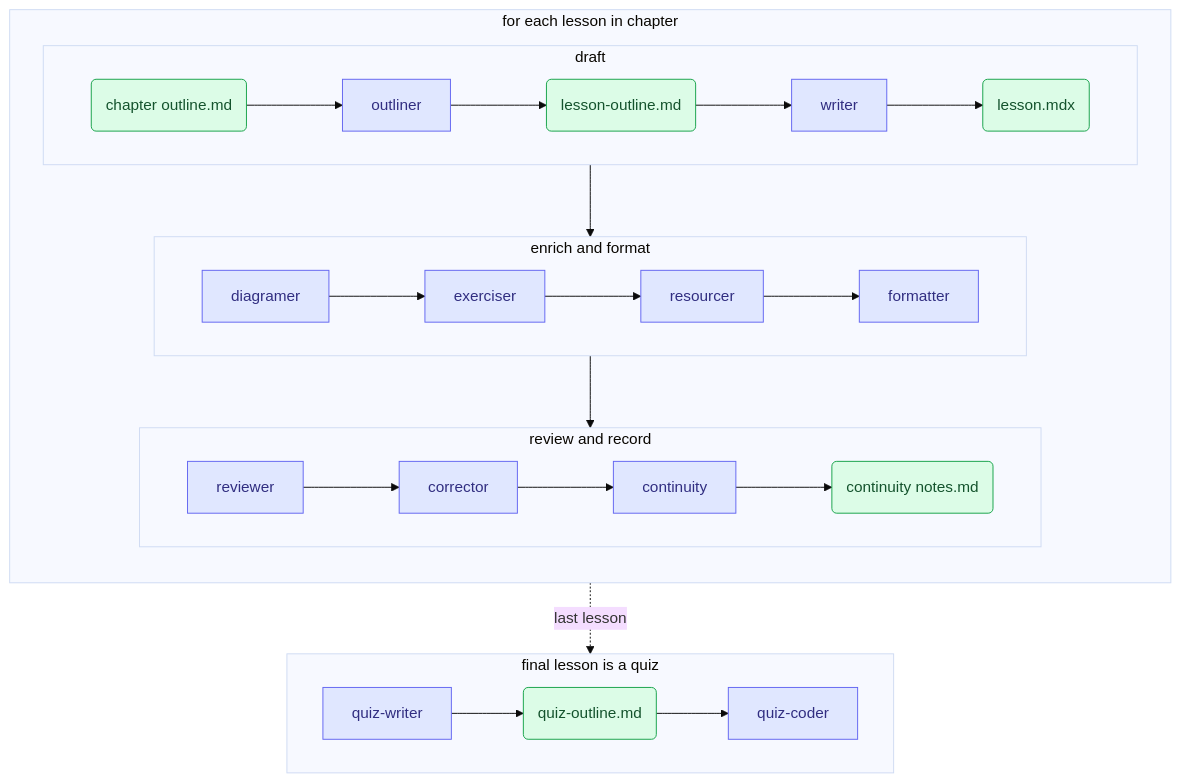
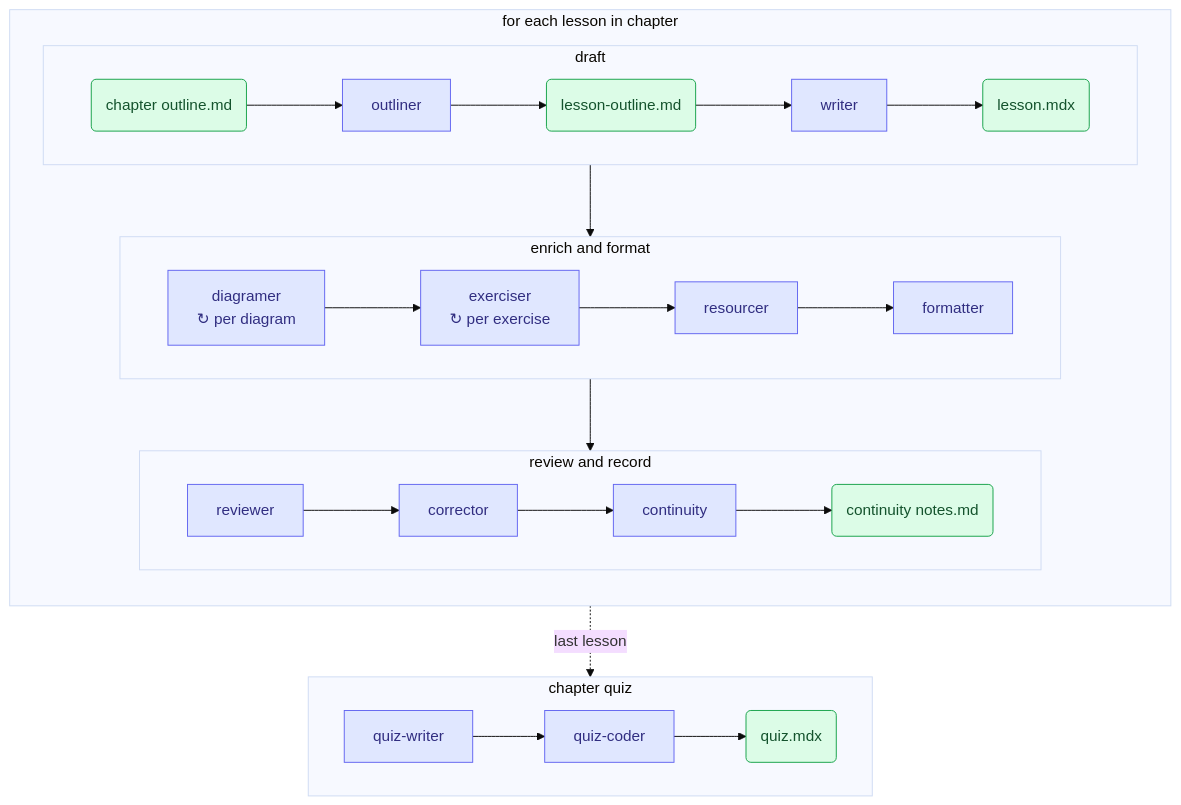
Before and after one commit to terencicp/react-saas-course: the first of 2 diagrams in README.md, drawn with Mermaid (base theme). The commit also changed other lines of this file, not shown here.

First line of the commit message:
Refine pipeline diagrams: iteration cues, quiz, A/B coherence

````diff
--- a/README.md
+++ b/README.md
@@ -70,28 +70,28 @@
 ```mermaid
 flowchart TB
     subgraph PL [for each lesson in chapter]
         direction TB
         subgraph t1 [draft]
             direction LR
             CO(chapter outline.md) --> outliner[outliner] --> LO(lesson-outline.md) --> writer[writer] --> MDX(lesson.mdx)
         end
         subgraph t2 [enrich and format]
             direction LR
-            diagramer[diagramer] --> exerciser[exerciser] --> resourcer[resourcer] --> formatter[formatter]
+            diagramer["diagramer<br/>↻ per diagram"] --> exerciser["exerciser<br/>↻ per exercise"] --> resourcer[resourcer] --> formatter[formatter]
         end
         subgraph t3 [review and record]
             direction LR
             reviewer[reviewer] --> corrector[corrector] --> continuity[continuity] --> CN(continuity notes.md)
         end
         t1 --> t2 --> t3
     end
-    subgraph Q [final lesson is a quiz]
+    subgraph Q [chapter quiz]
         direction LR
-        qwriter[quiz-writer] --> QO(quiz-outline.md) --> qcoder[quiz-coder]
+        qwriter[quiz-writer] --> qcoder[quiz-coder] --> QMDX(quiz.mdx)
     end
     PL -. last lesson .-> Q
     classDef agent fill:#e0e7ff,stroke:#6366f1,color:#312e81;
     classDef file fill:#dcfce7,stroke:#16a34a,color:#14532d;
     class outliner,writer,diagramer,exerciser,resourcer,formatter,reviewer,corrector,continuity,qwriter,qcoder agent;
-    class CO,LO,MDX,CN,QO file;
+    class CO,LO,MDX,CN,QMDX file;
 ```
````
